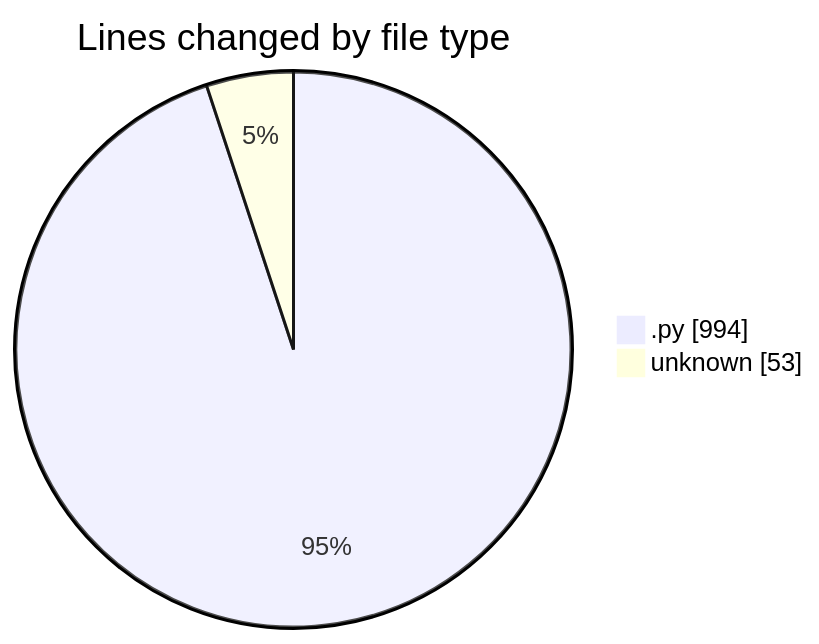
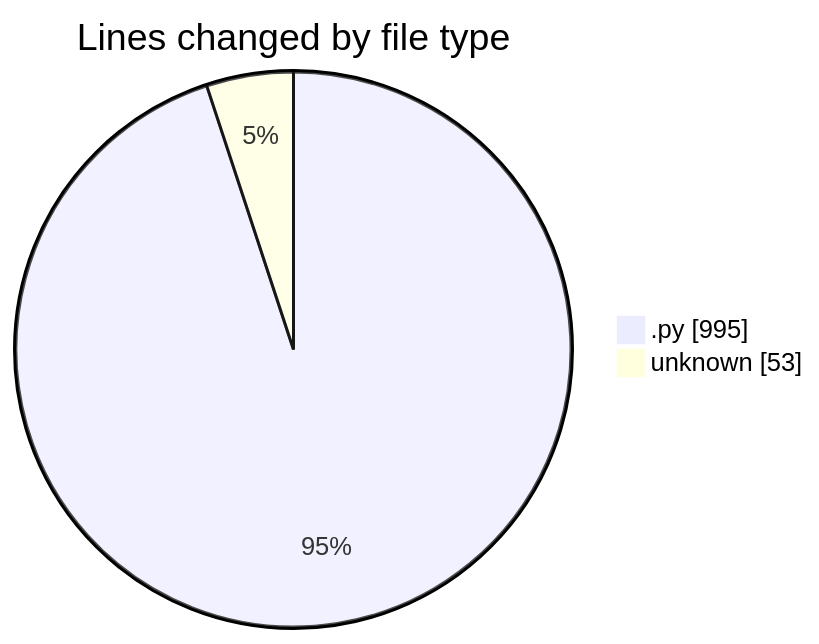
The first of 2 diagrams in 2025-11-13/eventscop-api-guide__workspace_/README.md (julien-gomy/code-tracking), drawn with Mermaid before and after one commit. The commit also changed other lines of this file and 1 other file, not shown here.

````diff
--- a/2025-11-13/eventscop-api-guide__workspace_/README.md
+++ b/2025-11-13/eventscop-api-guide__workspace_/README.md
@@ -22,6 +22,6 @@
 ```mermaid
 pie showData
 title Lines changed by file type
-".py" : 994
+".py" : 995
 "unknown" : 53
 ```
````
